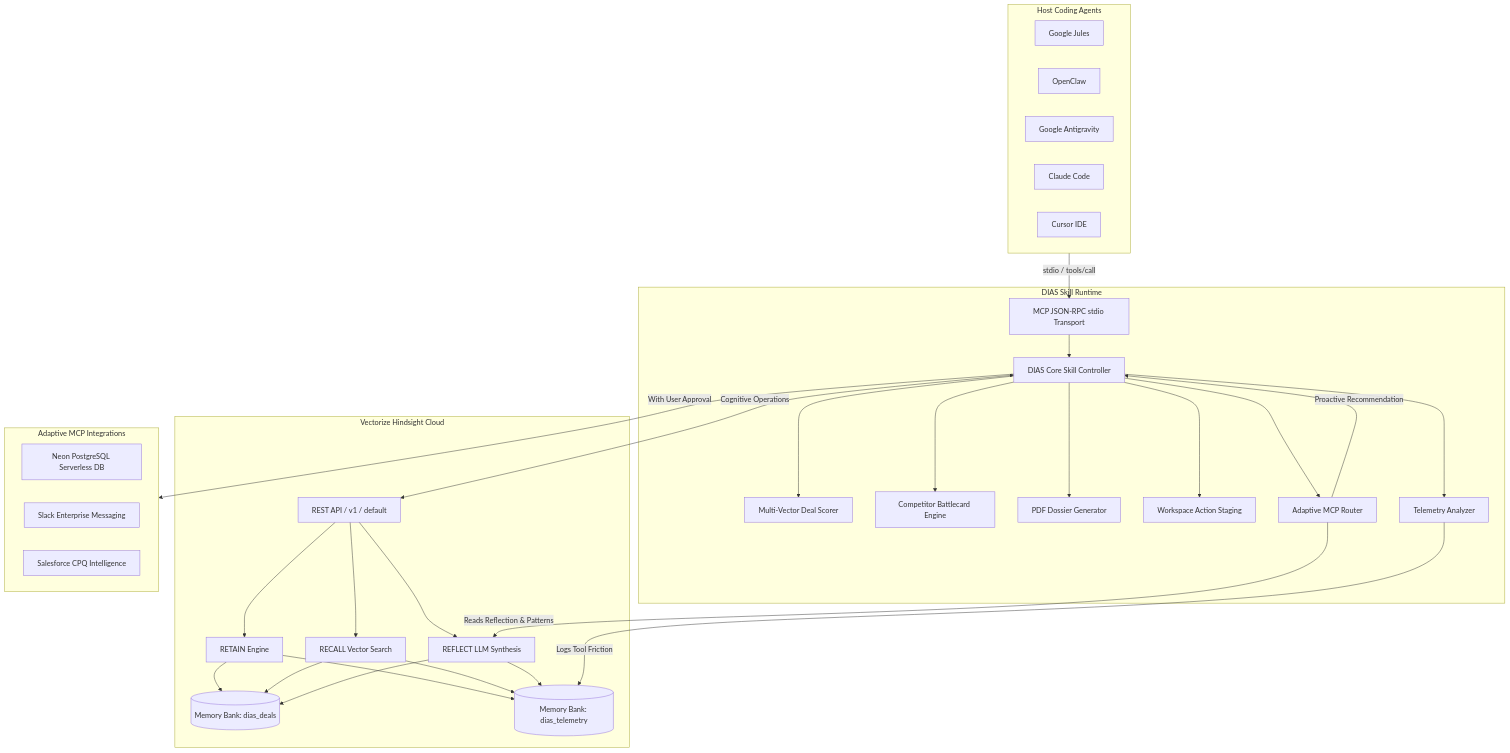
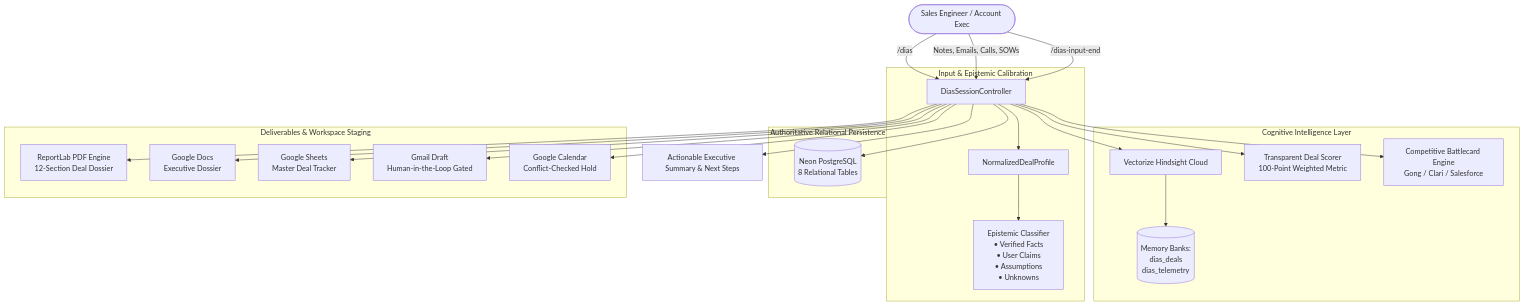
One commit to Manibhushanamk/DEAL-INTELLIGENCE-AGENT-SKILL-DIAS- changed the diagram in README.md. Above: the diagram before and after it, drawn with Mermaid. The commit also changed other lines of this file, not shown here.

Commit message:
docs: comprehensive README update for Hack with Hyderabad 2026 (DIAS)

````diff
--- a/README.md
+++ b/README.md
@@ -363,61 +137,33 @@
 ```mermaid
 flowchart TD
-    subgraph HostAgents [Host Coding Agents]
-        Jules["Google Jules"]
-        OpenClaw["OpenClaw"]
-        Antigravity["Google Antigravity"]
-        Claude["Claude Code"]
-        Cursor["Cursor IDE"]
+    User([Sales Engineer / Account Exec]) -->|"/dias"| Controller[DiasSessionController]
+    User -->|Notes, Emails, Calls, SOWs| Controller
+
+    subgraph Input & Epistemic Calibration
+        Controller --> Profile[NormalizedDealProfile]
+        Profile --> Epistemic[Epistemic Classifier<br/>• Verified Facts<br/>• User Claims<br/>• Assumptions<br/>• Unknowns]
     end
 
-    subgraph DIAS_Runtime [DIAS Skill Runtime]
-        Transport["MCP JSON-RPC stdio Transport"]
-        Controller["DIAS Core Skill Controller"]
-        Scorer["Multi-Vector Deal Scorer"]
-        Battlecard["Competitor Battlecard Engine"]
-        Dossier["PDF Dossier Generator"]
-        Workspace["Workspace Action Staging"]
-        Telemetry["Telemetry Analyzer"]
-        Router["Adaptive MCP Router"]
+    User -->|"/dias-input-end"| Controller
+
+    subgraph Cognitive Intelligence Layer
+        Controller --> HindsightClient[Vectorize Hindsight Cloud]
+        HindsightClient --> MemoryBanks[(Memory Banks:<br/>dias_deals<br/>dias_telemetry)]
+        Controller --> Scorer[Transparent Deal Scorer<br/>100-Point Weighted Metric]
+        Controller --> Battlecards[Competitive Battlecard Engine<br/>Gong / Clari / Salesforce]
     end
 
-    subgraph MemoryLayer [Vectorize Hindsight Cloud]
-        H_API["REST API / v1 / default"]
-        DealsBank[("Memory Bank: dias_deals")]
-        TelemBank[("Memory Bank: dias_telemetry")]
-        RetainOp["RETAIN Engine"]
-        RecallOp["RECALL Vector Search"]
-        ReflectOp["REFLECT LLM Synthesis"]
+    subgraph Authoritative Relational Persistence
+        Controller --> NeonDB[(Neon PostgreSQL<br/>8 Relational Tables)]
     end
 
-    subgraph ExternalMCPs [Adaptive MCP Integrations]
-        NeonMCP["Neon PostgreSQL Serverless DB"]
-        SlackMCP["Slack Enterprise Messaging"]
-        CPQMCP["Salesforce CPQ Intelligence"]
+    subgraph Deliverables & Workspace Staging
+        Controller --> PDFGen[ReportLab PDF Engine<br/>12-Section Deal Dossier]
+        Controller --> GDocs[Google Docs<br/>Executive Dossier]
+        Controller --> GSheets[Google Sheets<br/>Master Deal Tracker]
+        Controller --> GMail[Gmail Draft<br/>Human-in-the-Loop Gated]
+        Controller --> GCal[Google Calendar<br/>Conflict-Checked Hold]
     end
 
-    HostAgents -->|stdio / tools/call| Transport
-    Transport --> Controller
-    Controller --> Scorer
-    Controller --> Battlecard
-    Controller --> Dossier
-    Controller --> Workspace
-    Controller --> Telemetry
-    Controller --> Router
-
-    Controller <-->|Cognitive Operations| H_API
-    H_API --> RetainOp
-    H_API --> RecallOp
-    H_API --> ReflectOp
-    RetainOp --> DealsBank
-    RetainOp --> TelemBank
-    RecallOp --> DealsBank
-    RecallOp --> TelemBank
-    ReflectOp --> DealsBank
-    ReflectOp --> TelemBank
-
-    Telemetry -->|Logs Tool Friction| TelemBank
-    Router -->|Reads Reflection & Patterns| ReflectOp
-    Router -->|Proactive Recommendation| Controller
-    Controller -->|With User Approval| ExternalMCPs
+    Controller --> Outputs[Actionable Executive Summary & Next Steps]
 ```
````
